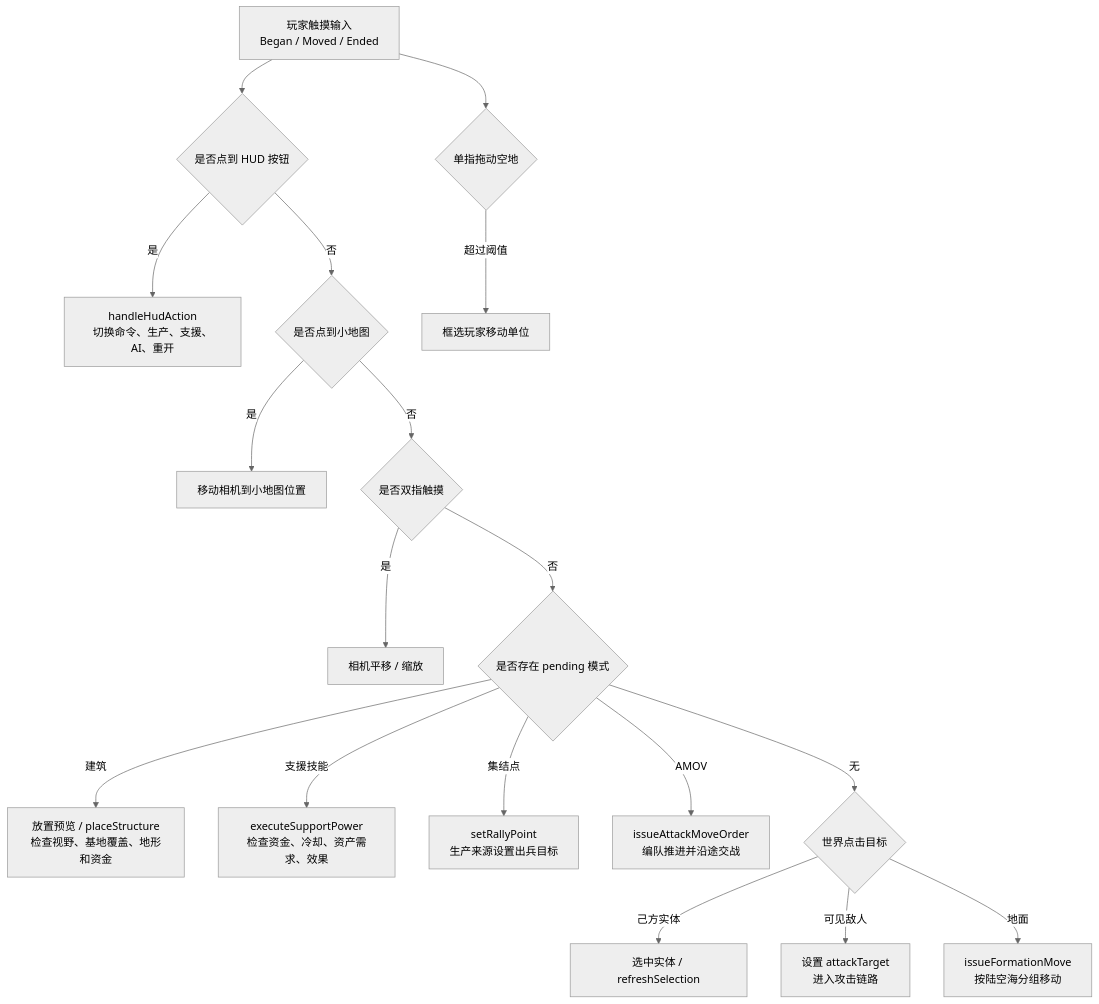
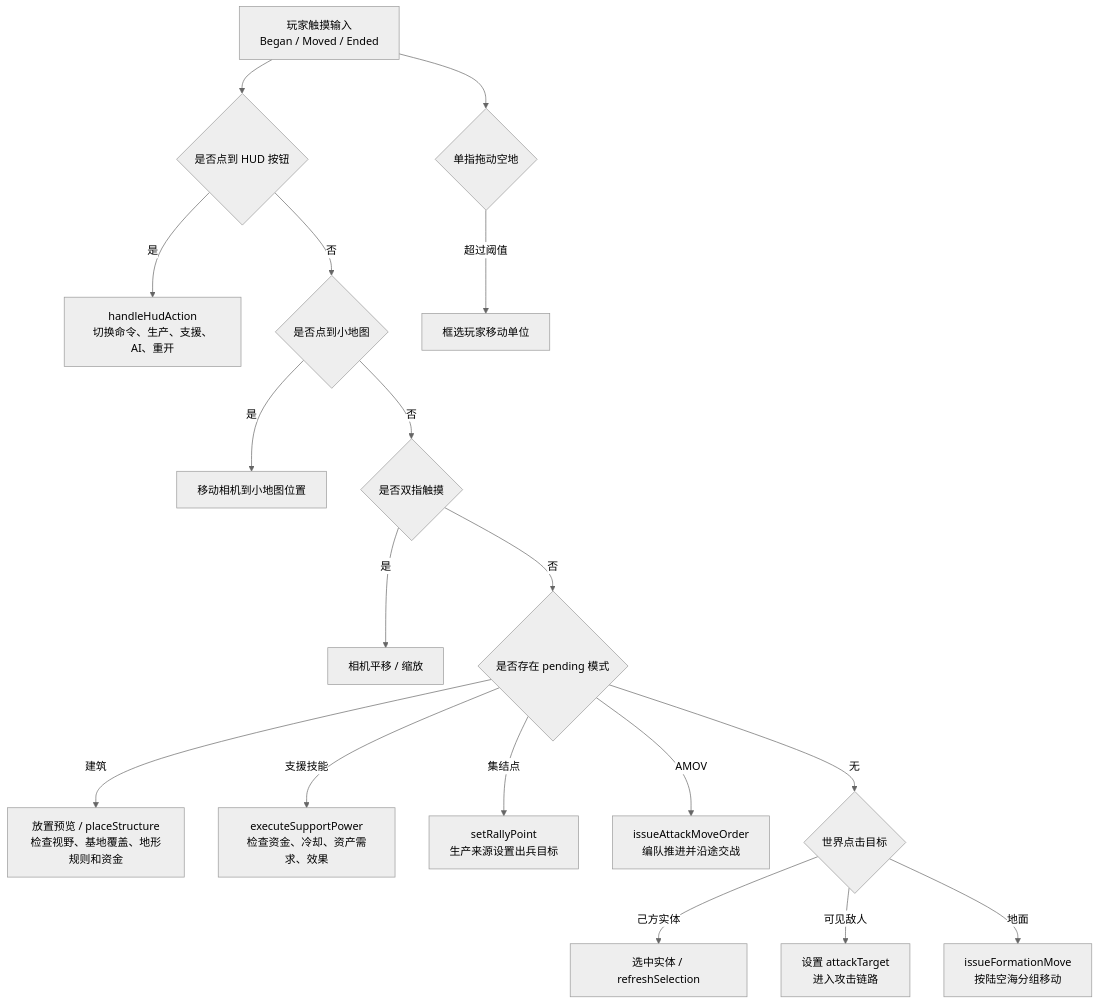
One commit to Altman-sam114/1145 changed the second of 3 diagrams in md/flow/flowchart.md. Above: the diagram before and after it, drawn with Mermaid (neutral theme). The commit also changed other lines of this file and 4 other files, not shown here.

````diff
--- a/md/flow/flowchart.md
+++ b/md/flow/flowchart.md
@@ -37,20 +37,20 @@
 ```mermaid
 flowchart TD
   Touch["玩家触摸输入\nBegan / Moved / Ended"] --> HUDCheck{"是否点到 HUD 按钮"}
   HUDCheck -- "是" --> HudAction["handleHudAction\n切换命令、生产、支援、AI、重开"]
   HUDCheck -- "否" --> MiniMap{"是否点到小地图"}
   MiniMap -- "是" --> Camera["移动相机到小地图位置"]
   MiniMap -- "否" --> MultiTouch{"是否双指触摸"}
   MultiTouch -- "是" --> PanZoom["相机平移 / 缩放"]
   MultiTouch -- "否" --> Pending{"是否存在 pending 模式"}
-  Pending -- "建筑" --> Place["放置预览 / placeStructure\n检查视野、基地覆盖、地形和资金"]
+  Pending -- "建筑" --> Place["放置预览 / placeStructure\n检查视野、基地覆盖、地形规则和资金"]
   Pending -- "支援技能" --> Support["executeSupportPower\n检查资金、冷却、资产需求、效果"]
   Pending -- "集结点" --> Rally["setRallyPoint\n生产来源设置出兵目标"]
   Pending -- "AMOV" --> AttackMove["issueAttackMoveOrder\n编队推进并沿途交战"]
   Pending -- "无" --> WorldTap{"世界点击目标"}
   WorldTap -- "己方实体" --> Select["选中实体 / refreshSelection"]
   WorldTap -- "可见敌人" --> Attack["设置 attackTarget\n进入攻击链路"]
   WorldTap -- "地面" --> Move["issueFormationMove\n按陆空海分组移动"]
   Touch --> Drag{"单指拖动空地"}
   Drag -- "超过阈值" --> Box["框选玩家移动单位"]
 ```
````
